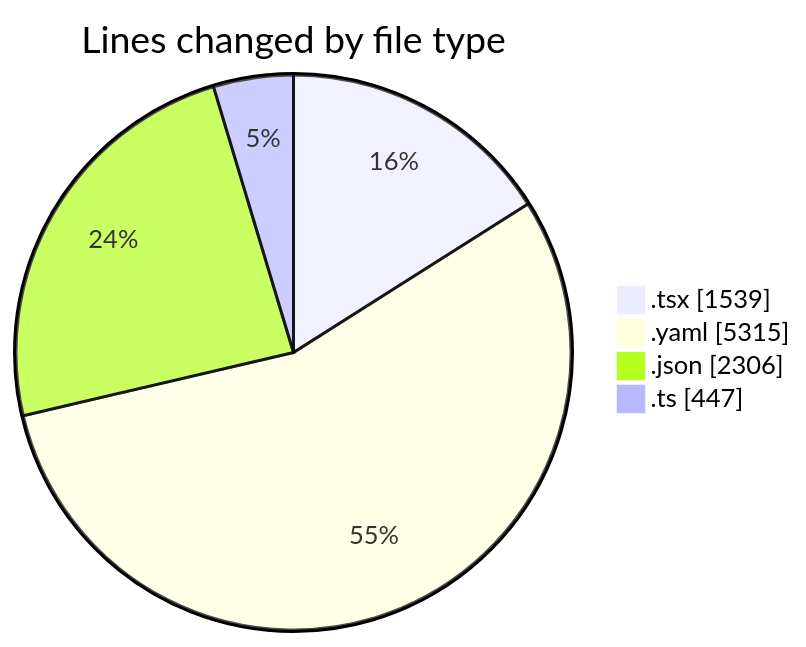
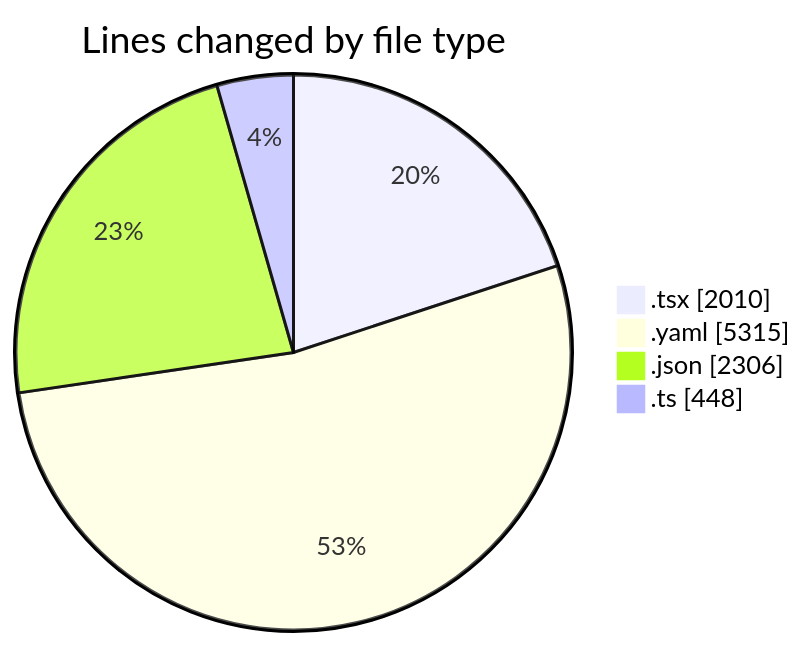
Before and after one commit to julien-gomy/code-tracking: the first of 2 diagrams in 2025-11-07/eventscop-frontend-guide__workspace_/README.md, drawn with Mermaid. The commit also changed other lines of this file and 1 other file, not shown here.

````diff
--- a/2025-11-07/eventscop-frontend-guide__workspace_/README.md
+++ b/2025-11-07/eventscop-frontend-guide__workspace_/README.md
@@ -43,8 +45,8 @@
 ```mermaid
 pie showData
 title Lines changed by file type
-".tsx" : 1539
+".tsx" : 2010
 ".yaml" : 5315
 ".json" : 2306
-".ts" : 447
+".ts" : 448
 ```
````
